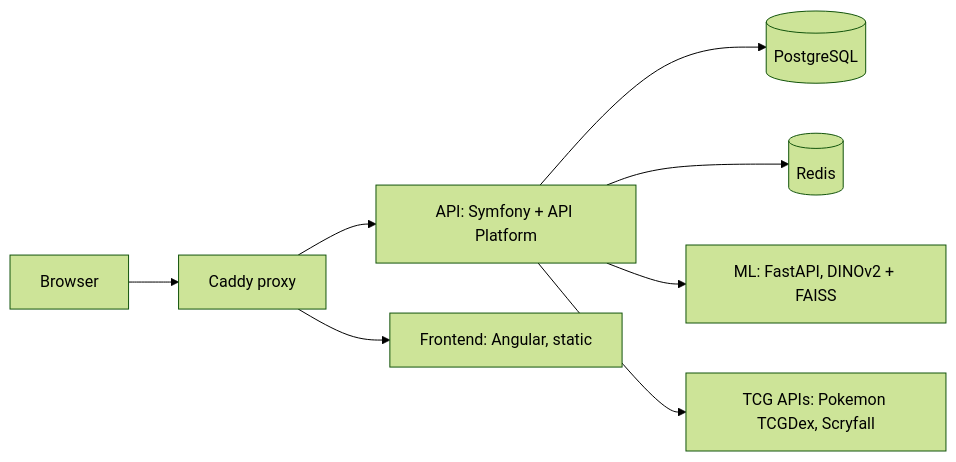
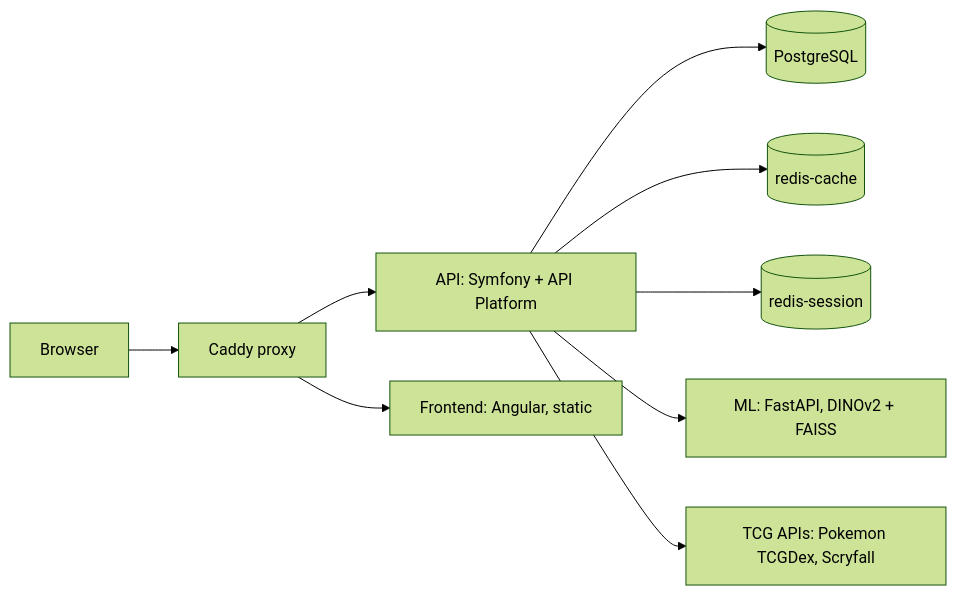
Before and after one commit to Franck-dev-hub/card-vault: the diagram in docs/architecture/overview.md, drawn with Mermaid (forest theme). The commit also changed other lines of this file and 4 other files, not shown here.

````diff
--- a/docs/architecture/overview.md
+++ b/docs/architecture/overview.md
@@ -10,10 +10,11 @@
 ```mermaid
 flowchart LR
     User[Browser] --> Caddy[Caddy proxy]
     Caddy --> API[API: Symfony + API Platform]
     Caddy --> FE[Frontend: Angular, static]
     API --> PG[(PostgreSQL)]
-    API --> Redis[(Redis)]
+    API --> RC[(redis-cache)]
+    API --> RS[(redis-session)]
     API --> ML[ML: FastAPI, DINOv2 + FAISS]
     API --> TCG[TCG APIs: Pokemon TCGDex, Scryfall]
 ```
````
